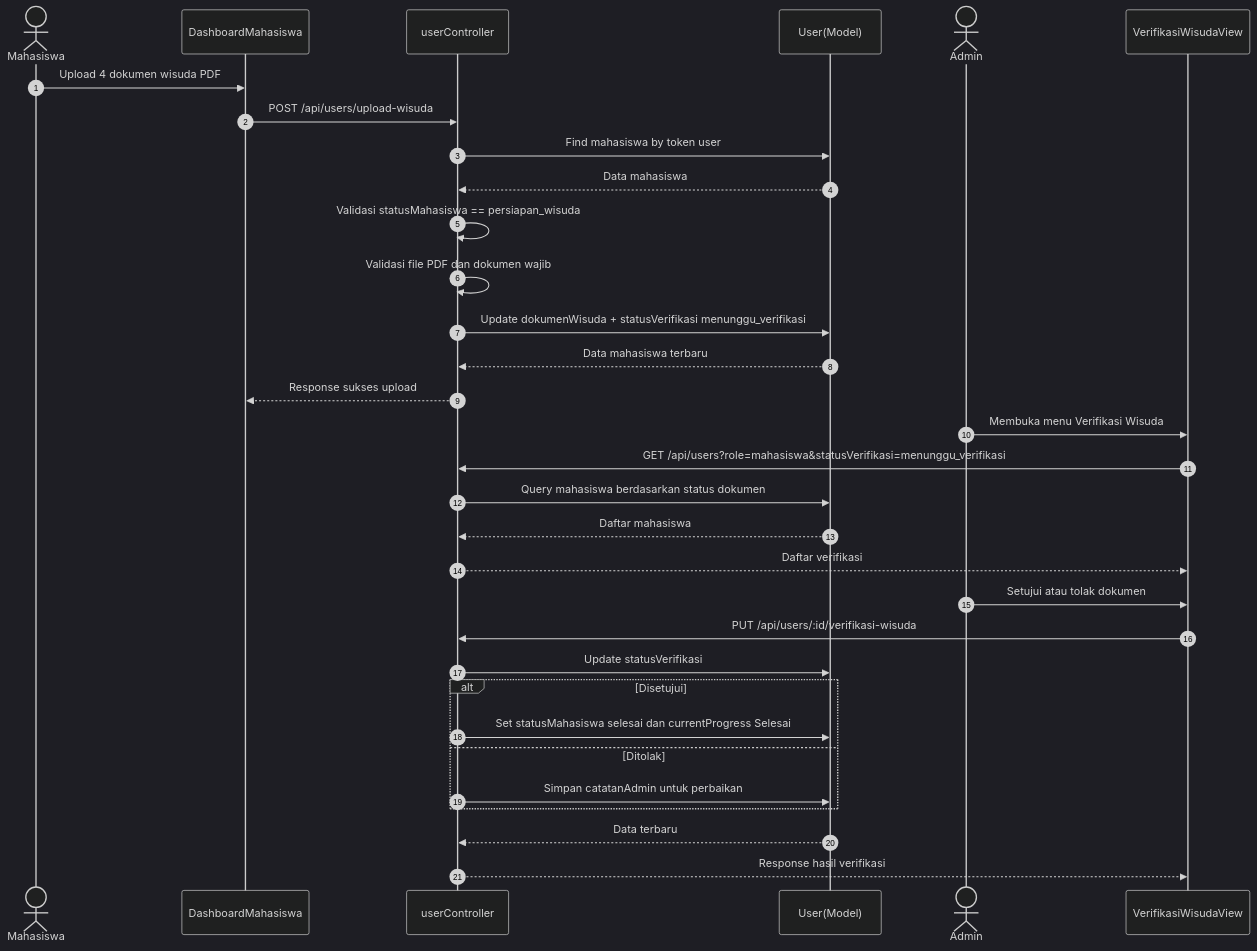
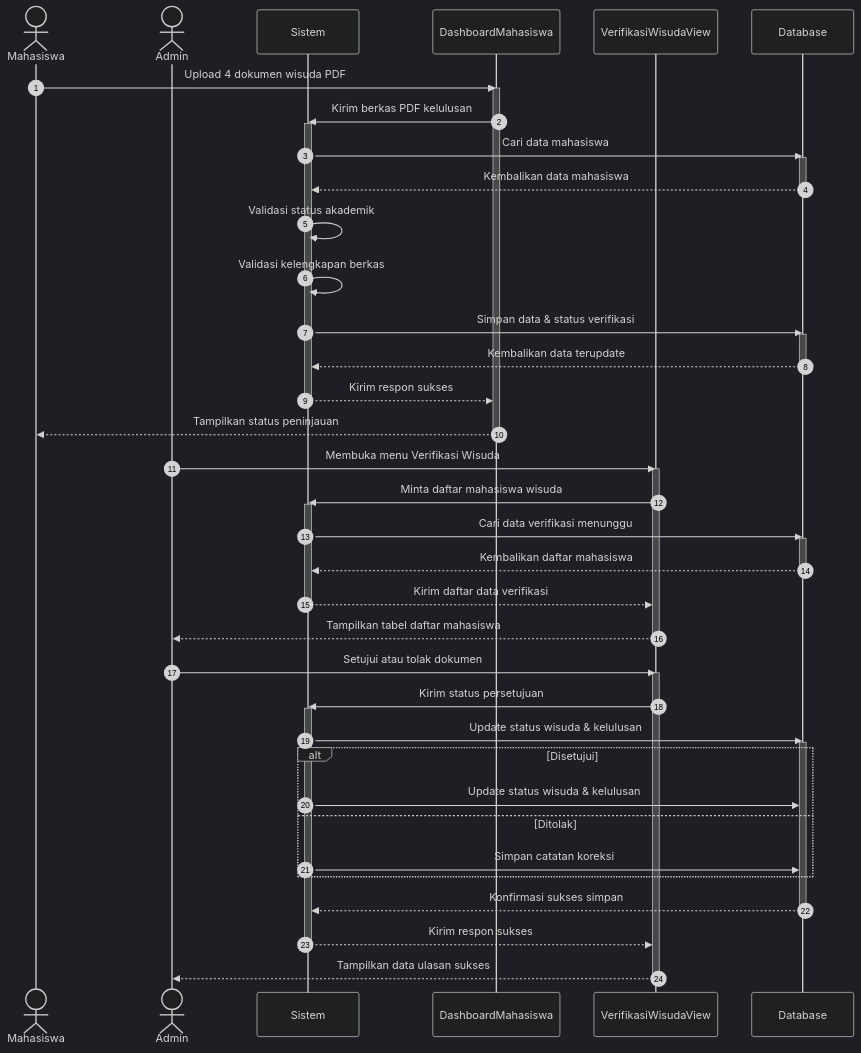
One commit to MunMunDyka/simta-newest changed diagram 15 of 15 in memoryUML.md. Above: the diagram before and after it, drawn with Mermaid (dark theme). The commit also changed other lines of this file and 4 other files, not shown here.

````diff
--- a/memoryUML.md
+++ b/memoryUML.md
@@ -585,36 +841,60 @@
 ```mermaid
 sequenceDiagram
     autonumber
     actor M as Mahasiswa
+    actor A as Admin
+    participant SV as Sistem
     participant DM as DashboardMahasiswa
-    participant UC as userController
-    participant U as User(Model)
-    actor A as Admin
     participant VW as VerifikasiWisudaView
+    participant DB as Database
 
     M->>DM: Upload 4 dokumen wisuda PDF
-    DM->>UC: POST /api/users/upload-wisuda
-    UC->>U: Find mahasiswa by token user
-    U-->>UC: Data mahasiswa
-    UC->>UC: Validasi statusMahasiswa == persiapan_wisuda
-    UC->>UC: Validasi file PDF dan dokumen wajib
-    UC->>U: Update dokumenWisuda + statusVerifikasi menunggu_verifikasi
-    U-->>UC: Data mahasiswa terbaru
-    UC-->>DM: Response sukses upload
+    activate DM
+    DM->>SV: Kirim berkas PDF kelulusan
+    activate SV
+    SV->>DB: Cari data mahasiswa
+    activate DB
+    DB-->>SV: Kembalikan data mahasiswa
+    deactivate DB
+    SV->>SV: Validasi status akademik
+    SV->>SV: Validasi kelengkapan berkas
+    SV->>DB: Simpan data & status verifikasi
+    activate DB
+    DB-->>SV: Kembalikan data terupdate
+    deactivate DB
+    SV-->>DM: Kirim respon sukses
+    deactivate SV
+    DM-->>M: Tampilkan status peninjauan
+    deactivate DM
 
     A->>VW: Membuka menu Verifikasi Wisuda
-    VW->>UC: GET /api/users?role=mahasiswa&statusVerifikasi=menunggu_verifikasi
-    UC->>U: Query mahasiswa berdasarkan status dokumen
-    U-->>UC: Daftar mahasiswa
-    UC-->>VW: Daftar verifikasi
+    activate VW
+    VW->>SV: Minta daftar mahasiswa wisuda
+    activate SV
+    SV->>DB: Cari data verifikasi menunggu
+    activate DB
+    DB-->>SV: Kembalikan daftar mahasiswa
+    deactivate DB
+    SV-->>VW: Kirim daftar data verifikasi
+    deactivate SV
+    VW-->>A: Tampilkan tabel daftar mahasiswa
+    deactivate VW
+
     A->>VW: Setujui atau tolak dokumen
-    VW->>UC: PUT /api/users/:id/verifikasi-wisuda
-    UC->>U: Update statusVerifikasi
+    activate VW
+    VW->>SV: Kirim status persetujuan
+    activate SV
+    SV->>DB: Update status wisuda & kelulusan
+    activate DB
     alt Disetujui
-        UC->>U: Set statusMahasiswa selesai dan currentProgress Selesai
+        SV->>DB: Update status wisuda & kelulusan
     else Ditolak
-        UC->>U: Simpan catatanAdmin untuk perbaikan
+        SV->>DB: Simpan catatan koreksi
     end
-    U-->>UC: Data terbaru
-    UC-->>VW: Response hasil verifikasi
+    DB-->>SV: Konfirmasi sukses simpan
+    deactivate DB
+    SV-->>VW: Kirim respon sukses
+    deactivate SV
+    VW-->>A: Tampilkan data ulasan sukses
+    deactivate VW
 ```
````
